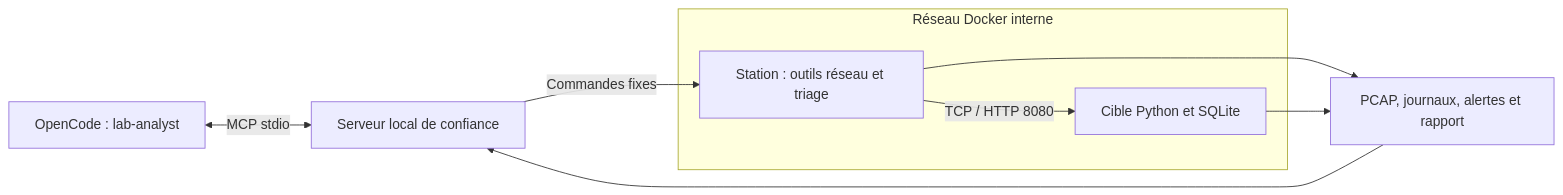
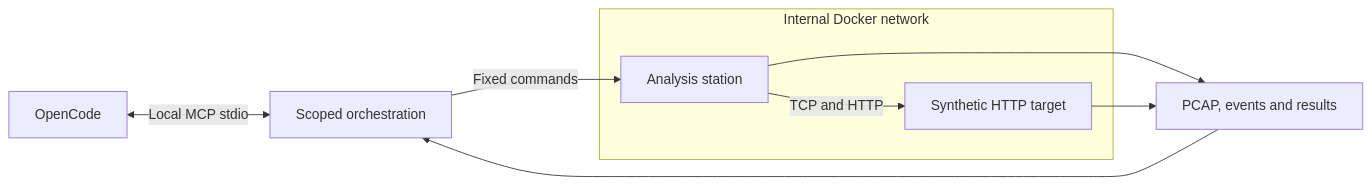
The diagram in README.md (Wael-Rd/CyberThreat), drawn with Mermaid before and after one commit. The commit also changed other lines of this file and 19 other files, not shown here.

````diff
--- a/README.md
+++ b/README.md
@@ -46,11 +80,11 @@
 ```mermaid
 flowchart LR
-    Client[OpenCode : lab-analyst] <-->|MCP stdio| MCP[Serveur local de confiance]
-    MCP -->|Commandes fixes| Station[Station : outils réseau et triage]
-    subgraph Lab[Réseau Docker interne]
-        Station -->|TCP / HTTP 8080| Target[Cible Python et SQLite]
+    Client[OpenCode] <-->|Local MCP stdio| MCP[Scoped orchestration]
+    subgraph Network[Internal Docker network]
+        Station[Analysis station] -->|TCP and HTTP| Target[Synthetic HTTP target]
     end
-    Station --> Evidence[PCAP, journaux, alertes et rapport]
+    MCP -->|Fixed commands| Station
+    Station --> Evidence[PCAP, events and results]
     Target --> Evidence
     Evidence --> MCP
 ```
````
